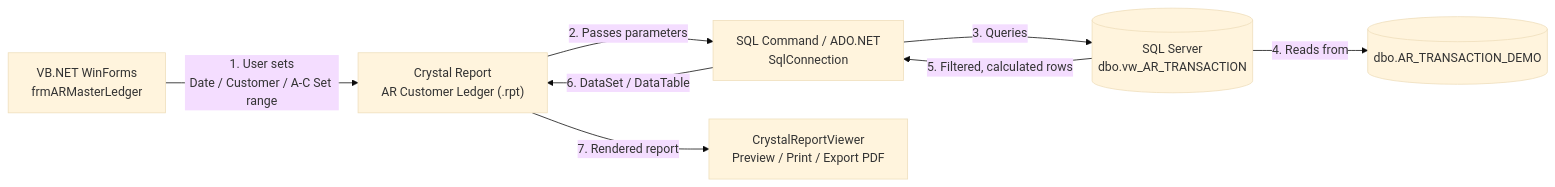
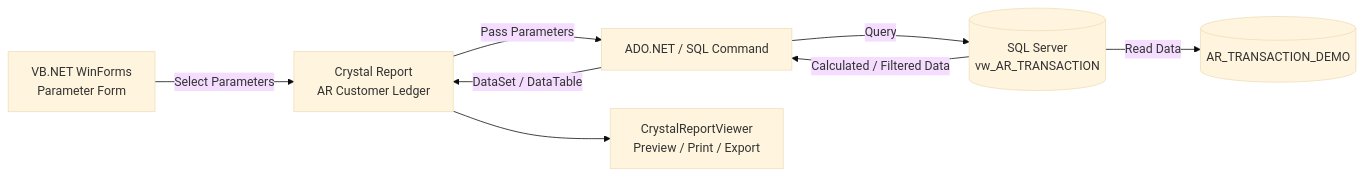
One commit to MdAshikurRahmanShuvo200/ar-customer-ledger-report changed the diagram in README.md. Above: the diagram before and after it, drawn with Mermaid (base theme). The commit also changed other lines of this file, not shown here.

````diff
--- a/README.md
+++ b/README.md
@@ -155,10 +138,18 @@
 ```mermaid
 flowchart LR
-    A["VB.NET WinForms<br/>frmARMasterLedger"] -- "1. User sets<br/>Date / Customer / A-C Set range" --> B["Crystal Report<br/>AR Customer Ledger (.rpt)"]
-    B -- "2. Passes parameters" --> C["SQL Command / ADO.NET<br/>SqlConnection"]
-    C -- "3. Queries" --> D[("SQL Server<br/>dbo.vw_AR_TRANSACTION")]
-    D -- "4. Reads from" --> E[("dbo.AR_TRANSACTION_DEMO")]
-    D -- "5. Filtered, calculated rows" --> C
-    C -- "6. DataSet / DataTable" --> B
-    B -- "7. Rendered report" --> F["CrystalReportViewer<br/>Preview / Print / Export PDF"]
+
+    A["VB.NET WinForms<br/>Parameter Form"]
+    B["Crystal Report<br/>AR Customer Ledger"]
+    C["ADO.NET / SQL Command"]
+    D[("SQL Server<br/>vw_AR_TRANSACTION")]
+    E[("AR_TRANSACTION_DEMO")]
+    F["CrystalReportViewer<br/>Preview / Print / Export"]
+
+    A -->|"Select Parameters"| B
+    B -->|"Pass Parameters"| C
+    C -->|"Query"| D
+    D -->|"Read Data"| E
+    D -->|"Calculated / Filtered Data"| C
+    C -->|"DataSet / DataTable"| B
+    B --> F
 ```
````
